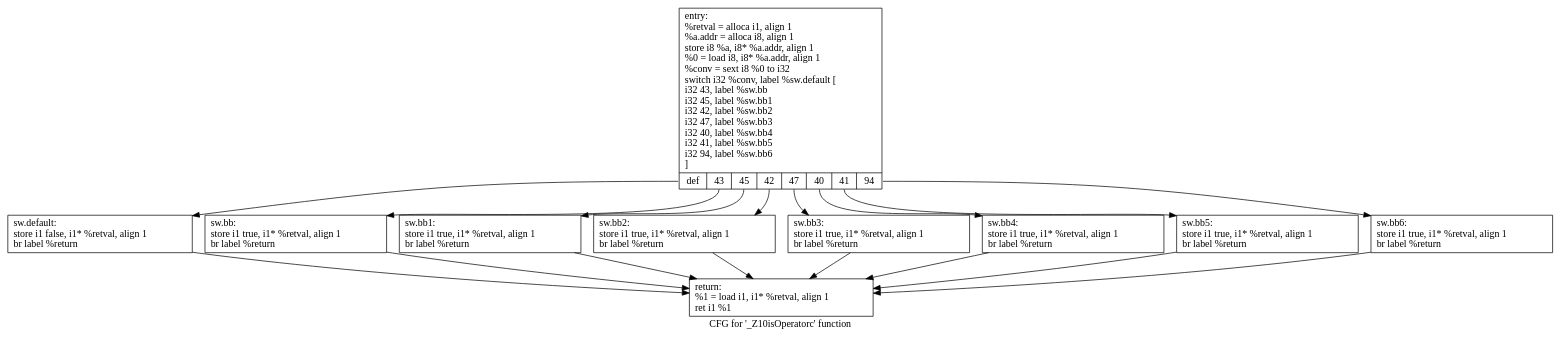
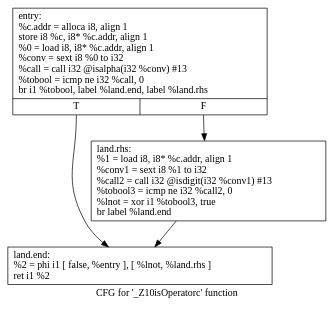
Before and after one commit to Chodabeen/cfg: the diagram in cfg._Z10isOperatorc.dot, drawn with Graphviz. The commit also changed 118 other files, not shown here.

```diff
--- a/cfg._Z10isOperatorc.dot
+++ b/cfg._Z10isOperatorc.dot
@@ -1,30 +1,10 @@
 digraph "CFG for '_Z10isOperatorc' function" {
 	label="CFG for '_Z10isOperatorc' function";
 
-	Node0x6b1c9f0 [shape=record,label="{entry:\l  %retval = alloca i1, align 1\l  %a.addr = alloca i8, align 1\l  store i8 %a, i8* %a.addr, align 1\l  %0 = load i8, i8* %a.addr, align 1\l  %conv = sext i8 %0 to i32\l  switch i32 %conv, label %sw.default [\l    i32 43, label %sw.bb\l    i32 45, label %sw.bb1\l    i32 42, label %sw.bb2\l    i32 47, label %sw.bb3\l    i32 40, label %sw.bb4\l    i32 41, label %sw.bb5\l    i32 94, label %sw.bb6\l  ]\l|{<s0>def|<s1>43|<s2>45|<s3>42|<s4>47|<s5>40|<s6>41|<s7>94}}"];
-	Node0x6b1c9f0:s0 -> Node0x6b38bb0;
-	Node0x6b1c9f0:s1 -> Node0x6b38cc0;
-	Node0x6b1c9f0:s2 -> Node0x6b38dc0;
-	Node0x6b1c9f0:s3 -> Node0x6b38ec0;
-	Node0x6b1c9f0:s4 -> Node0x6b38fc0;
-	Node0x6b1c9f0:s5 -> Node0x6b390c0;
-	Node0x6b1c9f0:s6 -> Node0x6b391c0;
-	Node0x6b1c9f0:s7 -> Node0x6b392c0;
-	Node0x6b38cc0 [shape=record,label="{sw.bb:                                            \l  store i1 true, i1* %retval, align 1\l  br label %return\l}"];
-	Node0x6b38cc0 -> Node0x6b396d0;
-	Node0x6b38dc0 [shape=record,label="{sw.bb1:                                           \l  store i1 true, i1* %retval, align 1\l  br label %return\l}"];
-	Node0x6b38dc0 -> Node0x6b396d0;
-	Node0x6b38ec0 [shape=record,label="{sw.bb2:                                           \l  store i1 true, i1* %retval, align 1\l  br label %return\l}"];
-	Node0x6b38ec0 -> Node0x6b396d0;
-	Node0x6b38fc0 [shape=record,label="{sw.bb3:                                           \l  store i1 true, i1* %retval, align 1\l  br label %return\l}"];
-	Node0x6b38fc0 -> Node0x6b396d0;
-	Node0x6b390c0 [shape=record,label="{sw.bb4:                                           \l  store i1 true, i1* %retval, align 1\l  br label %return\l}"];
-	Node0x6b390c0 -> Node0x6b396d0;
-	Node0x6b391c0 [shape=record,label="{sw.bb5:                                           \l  store i1 true, i1* %retval, align 1\l  br label %return\l}"];
-	Node0x6b391c0 -> Node0x6b396d0;
-	Node0x6b392c0 [shape=record,label="{sw.bb6:                                           \l  store i1 true, i1* %retval, align 1\l  br label %return\l}"];
-	Node0x6b392c0 -> Node0x6b396d0;
-	Node0x6b38bb0 [shape=record,label="{sw.default:                                       \l  store i1 false, i1* %retval, align 1\l  br label %return\l}"];
-	Node0x6b38bb0 -> Node0x6b396d0;
-	Node0x6b396d0 [shape=record,label="{return:                                           \l  %1 = load i1, i1* %retval, align 1\l  ret i1 %1\l}"];
+	Node0x6b3b440 [shape=record,label="{entry:\l  %c.addr = alloca i8, align 1\l  store i8 %c, i8* %c.addr, align 1\l  %0 = load i8, i8* %c.addr, align 1\l  %conv = sext i8 %0 to i32\l  %call = call i32 @isalpha(i32 %conv) #13\l  %tobool = icmp ne i32 %call, 0\l  br i1 %tobool, label %land.end, label %land.rhs\l|{<s0>T|<s1>F}}"];
+	Node0x6b3b440:s0 -> Node0x6b3b850;
+	Node0x6b3b440:s1 -> Node0x6b3b930;
+	Node0x6b3b930 [shape=record,label="{land.rhs:                                         \l  %1 = load i8, i8* %c.addr, align 1\l  %conv1 = sext i8 %1 to i32\l  %call2 = call i32 @isdigit(i32 %conv1) #13\l  %tobool3 = icmp ne i32 %call2, 0\l  %lnot = xor i1 %tobool3, true\l  br label %land.end\l}"];
+	Node0x6b3b930 -> Node0x6b3b850;
+	Node0x6b3b850 [shape=record,label="{land.end:                                         \l  %2 = phi i1 [ false, %entry ], [ %lnot, %land.rhs ]\l  ret i1 %2\l}"];
 }
```
